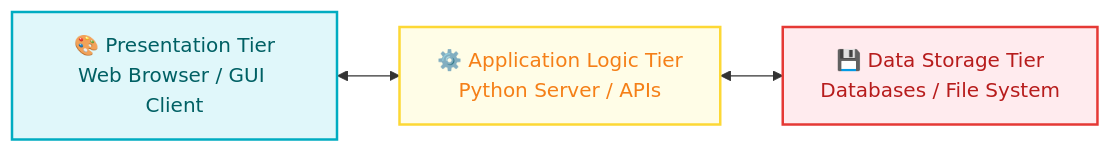
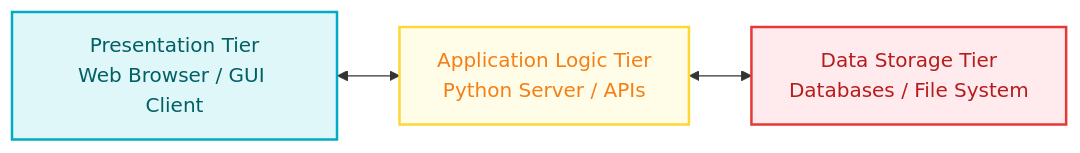
Before and after one commit to RameenAnwar/PDC-SP26-SE: the third of 8 diagrams in Muhammad-Affan-23FA-003-SE/Chapter06/README.md, drawn with Mermaid. The commit also changed other lines of this file, not shown here.

````diff
--- a/Muhammad-Affan-23FA-003-SE/Chapter06/README.md
+++ b/Muhammad-Affan-23FA-003-SE/Chapter06/README.md
@@ -120,13 +120,13 @@
 ```mermaid
 graph LR
     classDef pClass fill:#E0F7FA,stroke:#00ACC1,stroke-width:2px,color:#006064;
     classDef lClass fill:#FFFDE7,stroke:#FDD835,stroke-width:2px,color:#F57F17;
     classDef dClass fill:#FFEBEE,stroke:#E53935,stroke-width:2px,color:#B71C1C;
 
-    ClientTier[🎨 Presentation Tier<br/>Web Browser / GUI Client] <--> AppTier[⚙️ Application Logic Tier<br/>Python Server / APIs]
-    AppTier <--> DataTier[💾 Data Storage Tier<br/>Databases / File System]
+    ClientTier[Presentation Tier<br/>Web Browser / GUI Client] <--> AppTier[Application Logic Tier<br/>Python Server / APIs]
+    AppTier <--> DataTier[Data Storage Tier<br/>Databases / File System]
 
     class ClientTier pClass;
     class AppTier lClass;
     class DataTier dClass;
 ```
````
